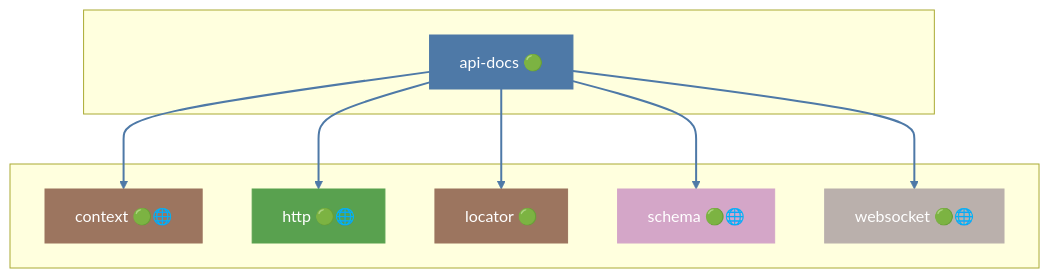
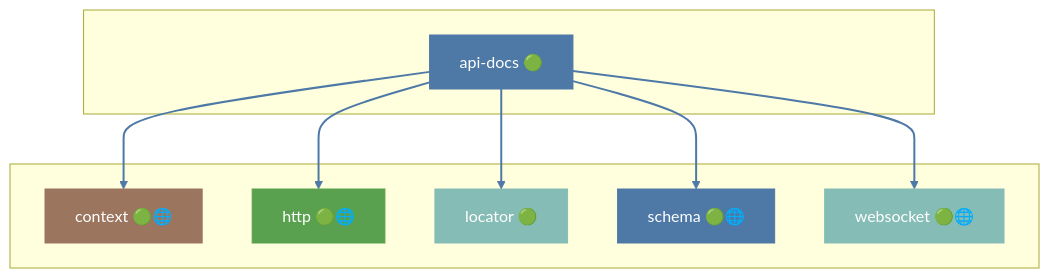
The second of 48 diagrams in docs/DEPENDENCIES.md (grest-ts/grest-ts), drawn with Mermaid before and after one commit. The commit also changed other lines of this file and 78 other files, not shown here.

````diff
--- a/docs/DEPENDENCIES.md
+++ b/docs/DEPENDENCIES.md
@@ -451,29 +457,29 @@
 ```mermaid
 flowchart TB
     subgraph Package[" "]
         api-docs["api-docs 🟢"]
     end
     subgraph Dependencies[" "]
         context["context 🟢🌐"]
         http["http 🟢🌐"]
         locator["locator 🟢"]
         schema["schema 🟢🌐"]
         websocket["websocket 🟢🌐"]
     end
     api-docs --> context
     api-docs --> http
     api-docs --> locator
     api-docs --> schema
     api-docs --> websocket
     style api-docs fill:#4E79A7,stroke:#4E79A7,color:#fff
     style context fill:#9C755F,stroke:#9C755F,color:#fff
     style http fill:#59A14F,stroke:#59A14F,color:#fff
-    style locator fill:#9C755F,stroke:#9C755F,color:#fff
-    style schema fill:#D4A6C8,stroke:#D4A6C8,color:#fff
-    style websocket fill:#BAB0AC,stroke:#BAB0AC,color:#fff
+    style locator fill:#86BCB6,stroke:#86BCB6,color:#fff
+    style schema fill:#4E79A7,stroke:#4E79A7,color:#fff
+    style websocket fill:#86BCB6,stroke:#86BCB6,color:#fff
     linkStyle 0 stroke:#4E79A7,stroke-width:2px
     linkStyle 1 stroke:#4E79A7,stroke-width:2px
     linkStyle 2 stroke:#4E79A7,stroke-width:2px
     linkStyle 3 stroke:#4E79A7,stroke-width:2px
     linkStyle 4 stroke:#4E79A7,stroke-width:2px
 ```
````
